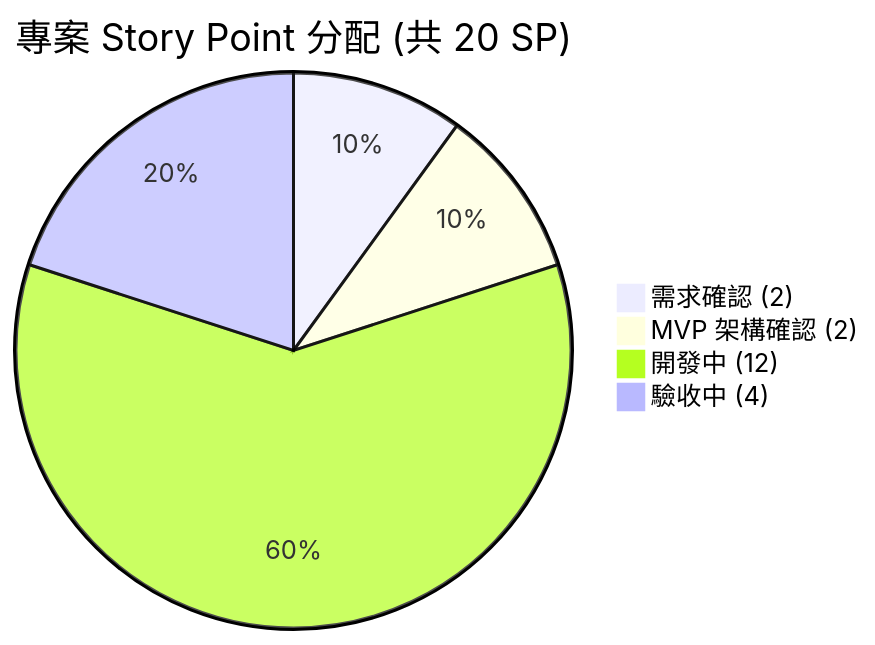
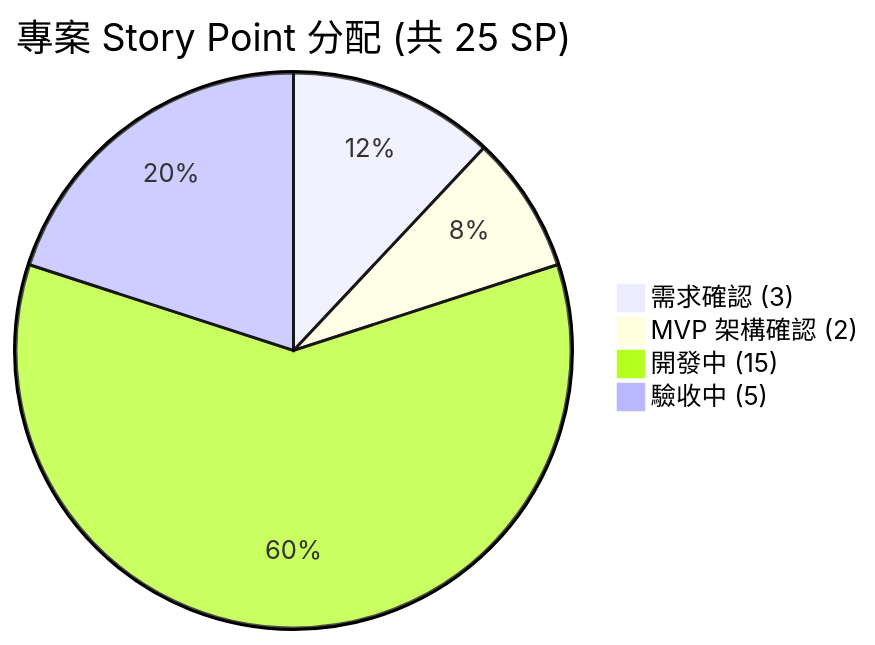
Before and after one commit to Aken-Teams/ai-agents-office: the second of 2 diagrams in docs/SP-estimation.md, drawn with Mermaid. The commit also changed other lines of this file and 5 other files, not shown here.

````diff
--- a/docs/SP-estimation.md
+++ b/docs/SP-estimation.md
@@ -205,7 +205,7 @@
 ```mermaid
-pie title 專案 Story Point 分配 (共 20 SP)
-    "需求確認 (2)" : 2
+pie title 專案 Story Point 分配 (共 25 SP)
+    "需求確認 (3)" : 3
     "MVP 架構確認 (2)" : 2
-    "開發中 (12)" : 12
-    "驗收中 (4)" : 4
+    "開發中 (15)" : 15
+    "驗收中 (5)" : 5
 ```
````
